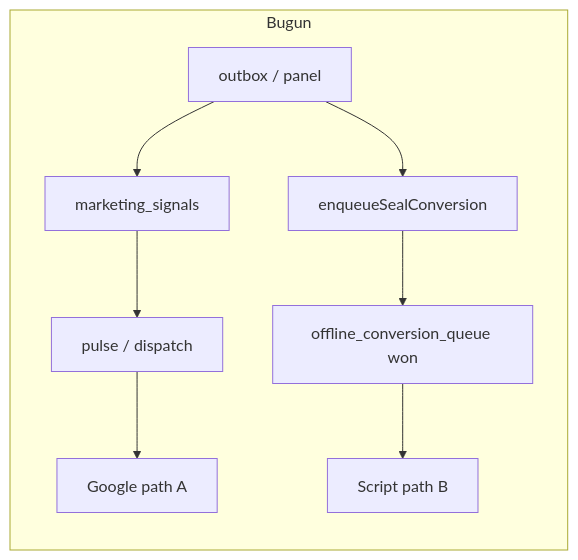
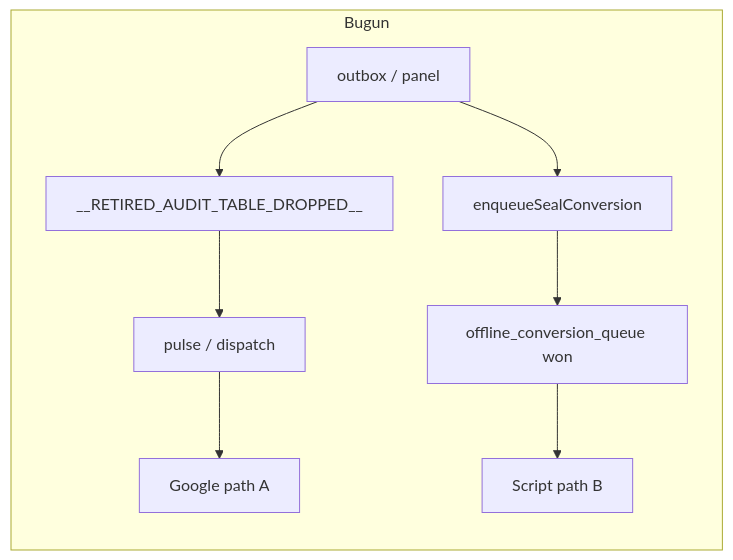
The third of 4 diagrams in .cursor/plans/kapali_export_journal_deep_strict.plan.md (otomantik/OpsMantik), drawn with Mermaid before and after one commit. The commit also changed other lines of this file and 188 other files, not shown here.

First line of the commit message:
refactor(oci): retire marketing_signals, CUT-02 cron kemik (7 schedules)

````diff
--- a/.cursor/plans/kapali_export_journal_deep_strict.plan.md
+++ b/.cursor/plans/kapali_export_journal_deep_strict.plan.md
@@ -189,12 +189,12 @@
 ```mermaid
 flowchart LR
   subgraph today [Bugun]
     OB[outbox / panel]
-    OB --> MS[marketing_signals]
+    OB --> MS[__RETIRED_AUDIT_TABLE_DROPPED__]
     OB --> WIN[enqueueSealConversion]
     WIN --> Q[offline_conversion_queue won]
     MS --> Pulse[pulse / dispatch]
     Pulse --> PathA[Google path A]
     Q --> PathB[Script path B]
   end
 ```
````
